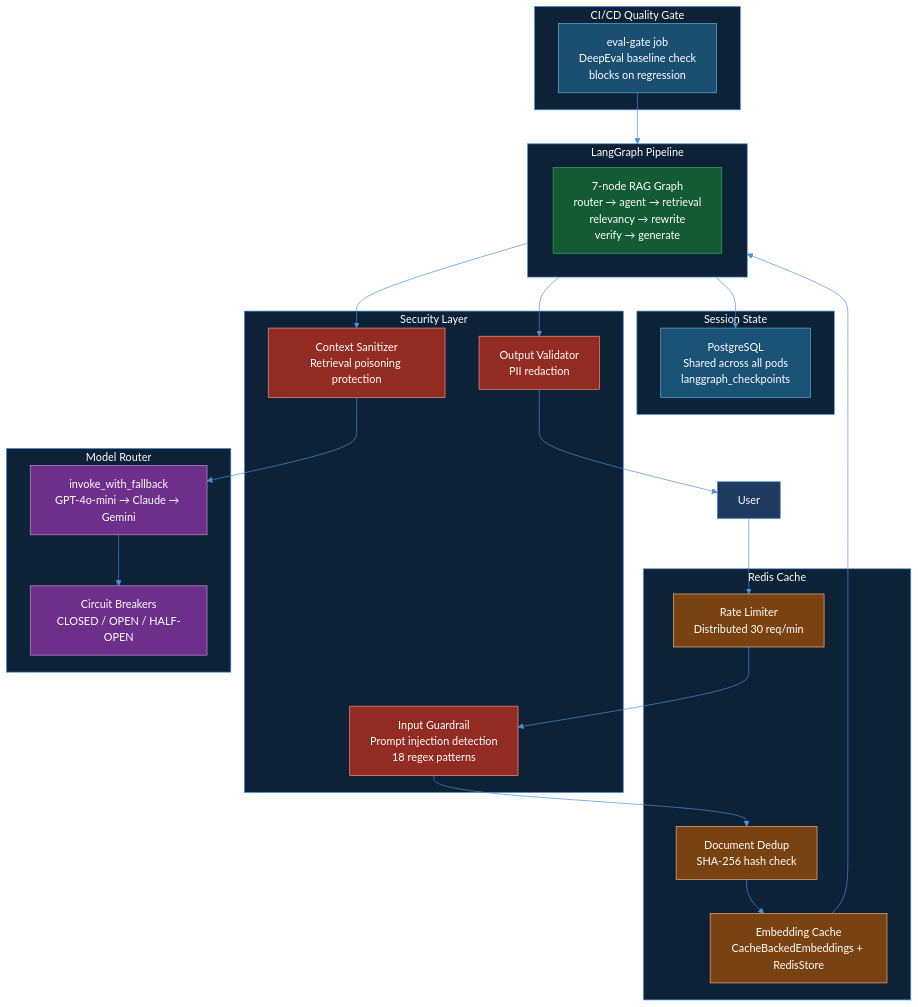
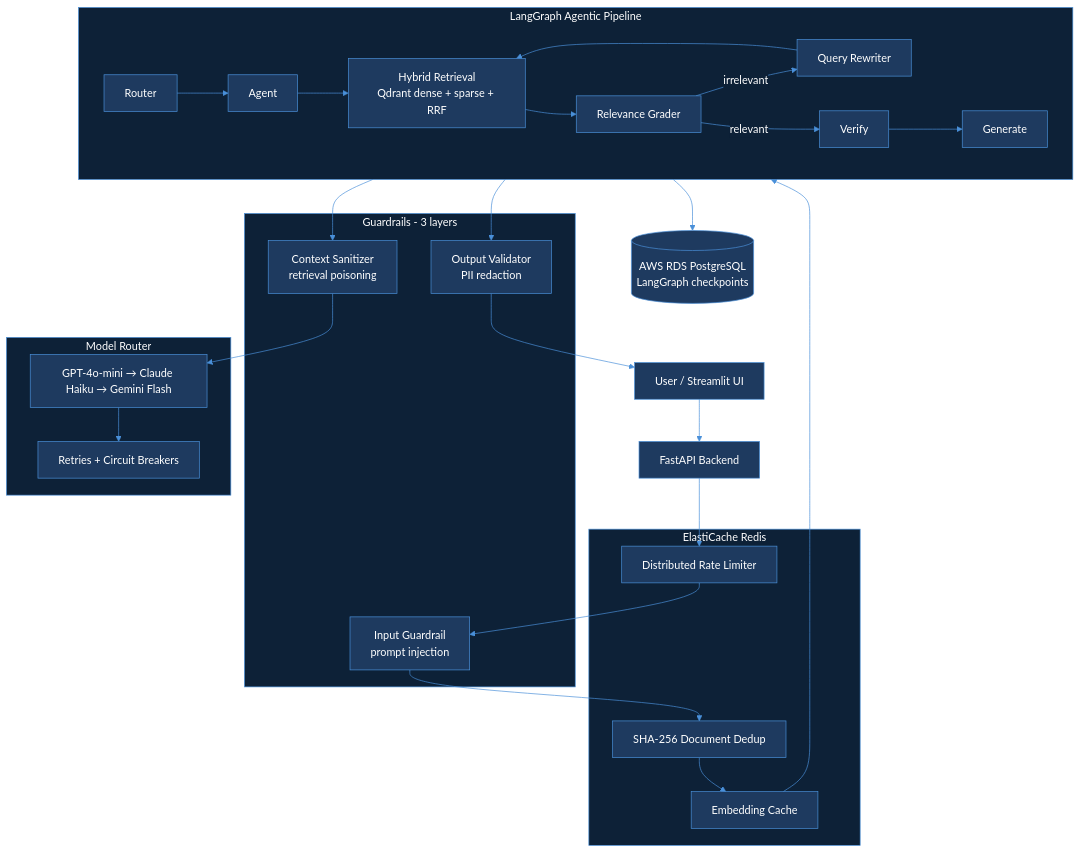
Before and after one commit to akashagalave/VeriRAG-Pro: the diagram in README.md, drawn with Mermaid. The commit also changed other lines of this file and 26 other files, not shown here.

````diff
--- a/README.md
+++ b/README.md
@@ -227,59 +38,36 @@
 ```mermaid
-%%{init: {'theme': 'base', 'themeVariables': {'primaryColor': '#1e3a5f', 'primaryTextColor': '#ffffff', 'primaryBorderColor': '#4a90d9', 'lineColor': '#4a90d9', 'secondaryColor': '#0d2137', 'clusterBkg': '#0d2137', 'clusterBorder': '#4a90d9', 'titleColor': '#ffffff', 'nodeTextColor': '#ffffff'}}}%%
+%%{init: {'theme': 'base', 'themeVariables': {'primaryColor': '#1e3a5f', 'primaryTextColor': '#ffffff', 'primaryBorderColor': '#4a90d9', 'lineColor': '#4a90d9', 'secondaryColor': '#0d2137', 'clusterBkg': '#0d2137', 'clusterBorder': '#4a90d9', 'titleColor': '#ffffff'}}}%%
 flowchart TD
-    USER[User]
+    USER[User / Streamlit UI] --> API[FastAPI Backend]
 
-    subgraph Security[Security Layer]
-        IG[Input Guardrail\nPrompt injection detection\n18 regex patterns]
-        CS[Context Sanitizer\nRetrieval poisoning protection]
+    subgraph Guard[Guardrails - 3 layers]
+        IG[Input Guardrail\nprompt injection]
+        CS[Context Sanitizer\nretrieval poisoning]
         OV[Output Validator\nPII redaction]
     end
 
-    subgraph Router[Model Router]
-        MR[invoke_with_fallback\nGPT-4o-mini → Claude → Gemini]
-        CB[Circuit Breakers\nCLOSED / OPEN / HALF-OPEN]
+    subgraph Cache[ElastiCache Redis]
+        RL[Distributed Rate Limiter]
+        DD[SHA-256 Document Dedup]
+        EC[Embedding Cache]
     end
 
-    subgraph Cache[Redis Cache]
-        RL[Rate Limiter\nDistributed 30 req/min]
-        DD[Document Dedup\nSHA-256 hash check]
-        EC[Embedding Cache\nCacheBackedEmbeddings + RedisStore]
+    subgraph Graph[LangGraph Agentic Pipeline]
+        RT[Router] --> AG[Agent] --> RET[Hybrid Retrieval\nQdrant dense + sparse + RRF]
+        RET --> GR[Relevance Grader]
+        GR -->|irrelevant| RW[Query Rewriter] --> RET
+        GR -->|relevant| VF[Verify] --> GEN[Generate]
     end
 
-    subgraph Pipeline[LangGraph Pipeline]
-        GRAPH[7-node RAG Graph\nrouter → agent → retrieval\nrelevancy → rewrite\nverify → generate]
+    subgraph LLM[Model Router]
+        MR[GPT-4o-mini → Claude Haiku → Gemini Flash]
+        CB[Retries + Circuit Breakers]
     end
 
-    subgraph State[Session State]
-        PG[PostgreSQL\nShared across all pods\nlanggraph_checkpoints]
-    end
+    PG[(AWS RDS PostgreSQL\nLangGraph checkpoints)]
 
-    subgraph Eval[CI/CD Quality Gate]
-        EG[eval-gate job\nDeepEval baseline check\nblocks on regression]
-    end
-
-    USER --> RL
-    RL --> IG
-    IG --> DD
-    DD --> EC
-    EC --> Pipeline
-    Pipeline --> CS
-    CS --> MR
-    MR --> CB
-    Pipeline --> OV
-    Pipeline --> PG
-    OV --> USER
-    EG --> Pipeline
-
-    style IG fill:#922b21,stroke:#f1948a,color:#fff
-    style CS fill:#922b21,stroke:#f1948a,color:#fff
-    style OV fill:#922b21,stroke:#f1948a,color:#fff
-    style MR fill:#6e2f8a,stroke:#bb8fce,color:#fff
-    style CB fill:#6e2f8a,stroke:#bb8fce,color:#fff
-    style RL fill:#784212,stroke:#f0b27a,color:#fff
-    style DD fill:#784212,stroke:#f0b27a,color:#fff
-    style EC fill:#784212,stroke:#f0b27a,color:#fff
-    style GRAPH fill:#145a32,stroke:#27ae60,color:#fff
-    style EG fill:#1b4f72,stroke:#5dade2,color:#fff
-    style PG fill:#1a5276,stroke:#5dade2,color:#fff
+    API --> RL --> IG --> DD --> EC --> Graph
+    Graph --> CS --> MR --> CB
+    Graph --> PG
+    Graph --> OV --> USER
 ```
````
